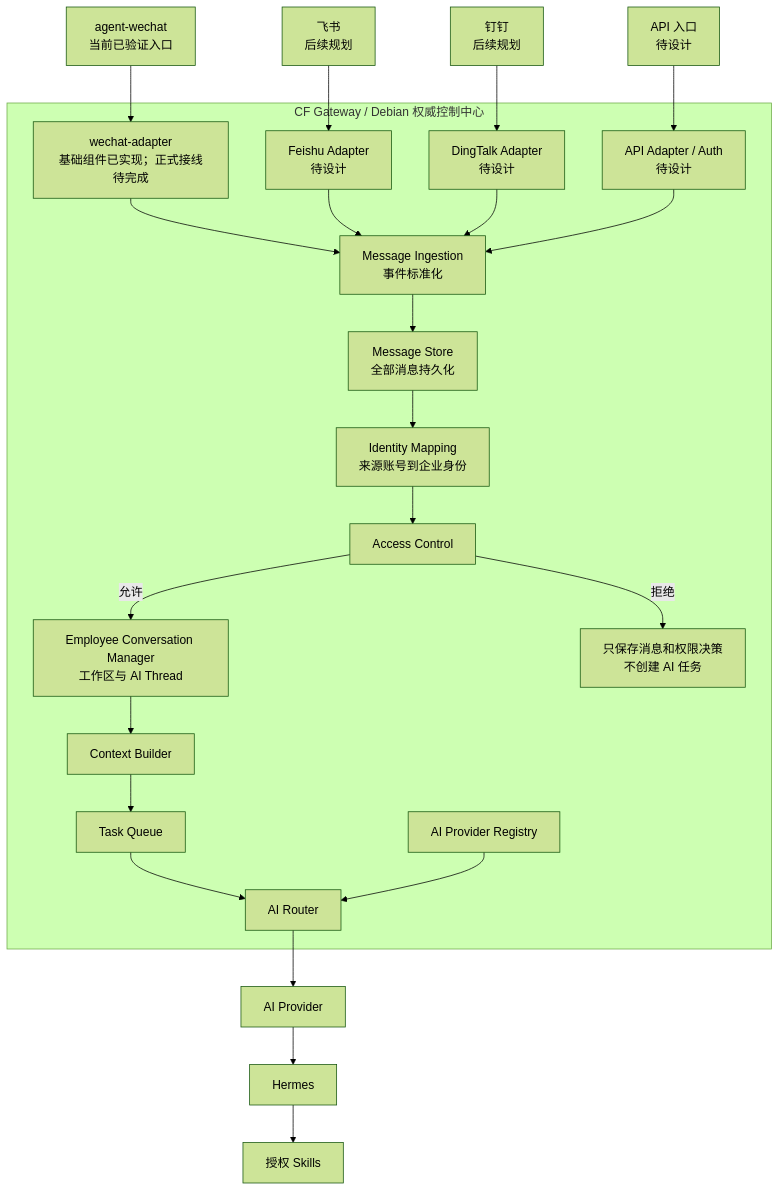
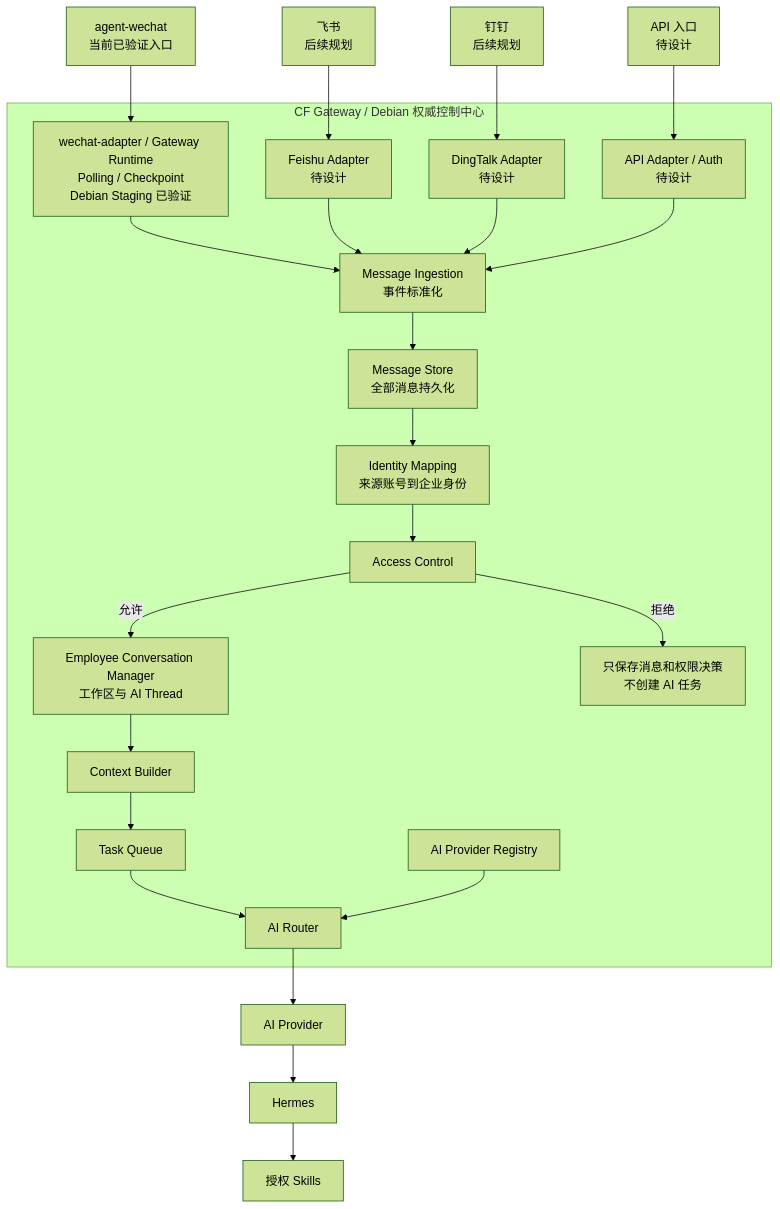
One commit to Tangbohu09527/CF_ecommerce-automation-docs changed the second of 4 diagrams in architecture/gateway-architecture.md. Above: the diagram before and after it, drawn with Mermaid (forest theme). The commit also changed other lines of this file and 19 other files, not shown here.

Commit message:
docs: record gateway staging wechat validation

````diff
--- a/architecture/gateway-architecture.md
+++ b/architecture/gateway-architecture.md
@@ -39,27 +39,27 @@
 ```mermaid
 flowchart TB
-    W["agent-wechat<br/>当前已验证入口"] --> WA["wechat-adapter<br/>基础组件已实现；正式接线待完成"]
+    W["agent-wechat<br/>当前已验证入口"] --> WA["wechat-adapter / Gateway Runtime<br/>Polling / Checkpoint<br/>Debian Staging 已验证"]
     F["飞书<br/>后续规划"] --> FA["Feishu Adapter<br/>待设计"]
     D["钉钉<br/>后续规划"] --> DA["DingTalk Adapter<br/>待设计"]
     A["API 入口<br/>待设计"] --> AA["API Adapter / Auth<br/>待设计"]
 
     subgraph G["CF Gateway / Debian 权威控制中心"]
         WA --> N["Message Ingestion<br/>事件标准化"]
         FA --> N
         DA --> N
         AA --> N
         N --> M["Message Store<br/>全部消息持久化"]
         M --> IM["Identity Mapping<br/>来源账号到企业身份"]
         IM --> AC["Access Control"]
         AC -->|"允许"| ECM["Employee Conversation Manager<br/>工作区与 AI Thread"]
         AC -->|"拒绝"| R["只保存消息和权限决策<br/>不创建 AI 任务"]
         ECM --> C["Context Builder"]
         C --> T["Task Queue"]
         T --> AR["AI Router"]
         PR["AI Provider Registry"] --> AR
     end
 
     AR --> P["AI Provider"]
     P --> H["Hermes"]
     H --> S["授权 Skills"]
 ```
````
